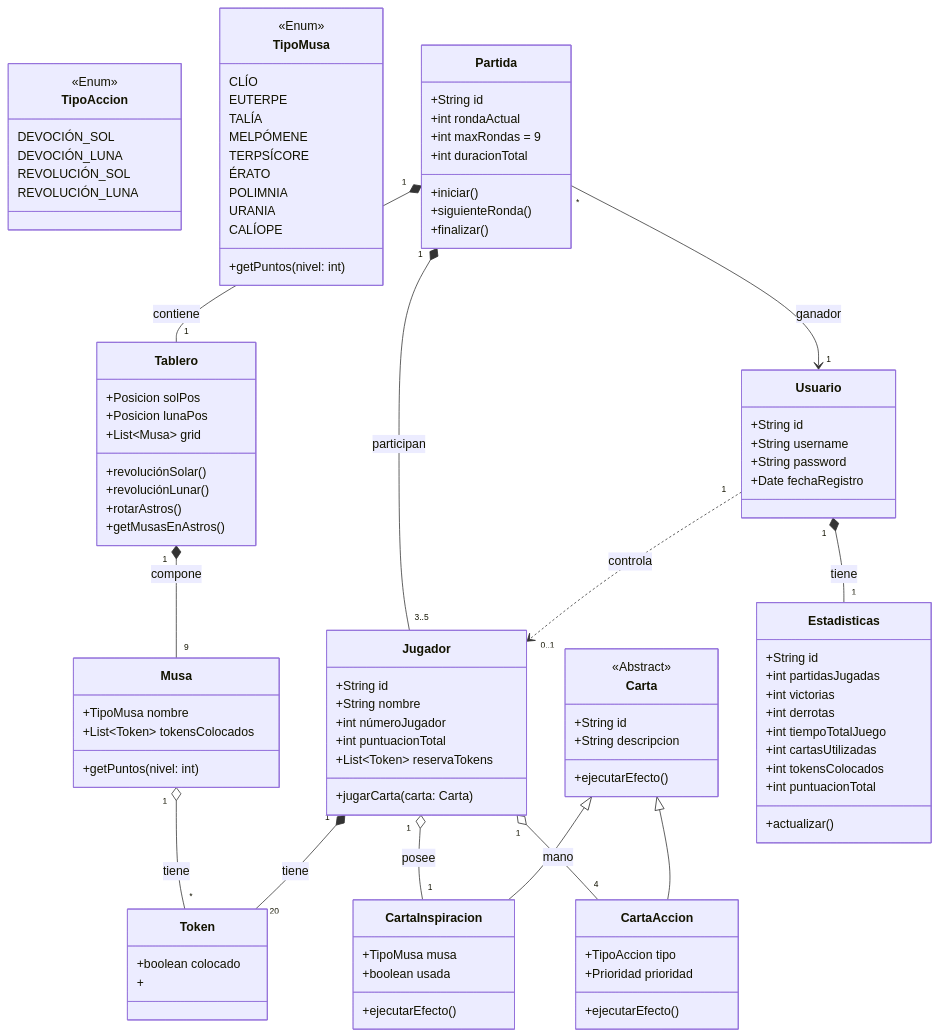
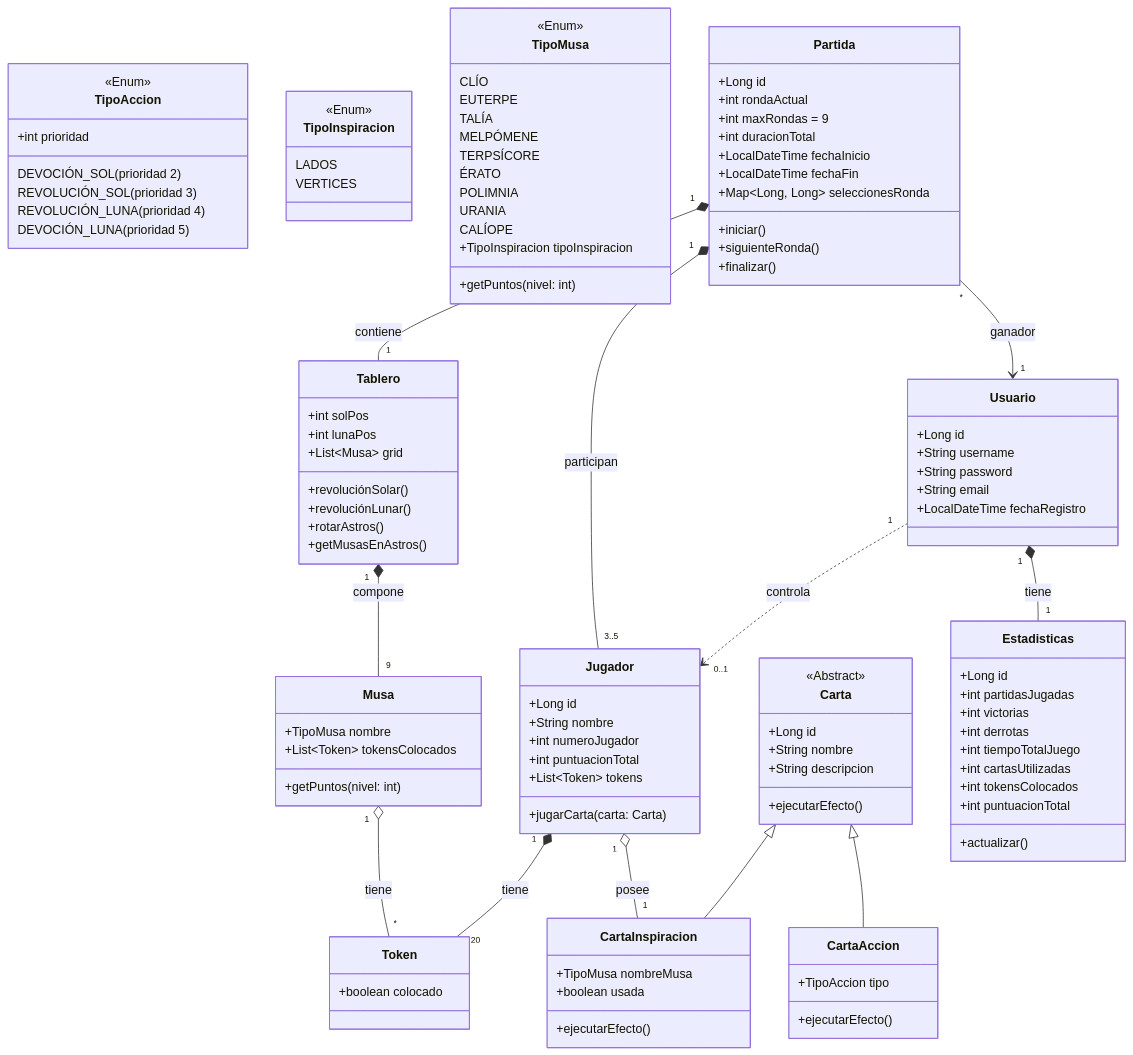
The diagram in docs/Análisis/Modelo de Dominio.md (PedroJimenezGuerrero/Muses_TFG), drawn with Mermaid before and after one commit. The commit also changed 6 other files, not shown here.

First line of the commit message:
refactor(Cartas): :recycle: elimina el atributo mano de la entidad Jugador, que no tiene sentido en la arqitectura actual

```diff
--- a/docs/Análisis/Modelo de Dominio.md
+++ b/docs/Análisis/Modelo de Dominio.md
@@ -28,10 +28,17 @@
     %%% Dominio del juego
     class TipoAccion {
         <<Enum>>
-        DEVOCIÓN_SOL
-        DEVOCIÓN_LUNA
-        REVOLUCIÓN_SOL
-        REVOLUCIÓN_LUNA
+        DEVOCIÓN_SOL (prioridad 2)
+        REVOLUCIÓN_SOL (prioridad 3)
+        REVOLUCIÓN_LUNA (prioridad 4)
+        DEVOCIÓN_LUNA (prioridad 5)
+        +int prioridad
+    }
+
+    class TipoInspiracion {
+        <<Enum>>
+        LADOS
+        VERTICES
     }
 
     class TipoMusa {
@@ -45,23 +52,27 @@
         POLIMNIA
         URANIA
         CALÍOPE
+        +TipoInspiracion tipoInspiracion
         +getPuntos(nivel: int)
     }
 
     %% Clases Principales
     class Partida:::core {
-        +String id
+        +Long id
         +int rondaActual
         +int maxRondas = 9
         +int duracionTotal
+        +LocalDateTime fechaInicio
+        +LocalDateTime fechaFin
+        +Map~Long, Long~ seleccionesRonda
         +iniciar()
         +siguienteRonda()
         +finalizar()
     }
 
     class Tablero:::core {
-        +Posicion solPos
-        +Posicion lunaPos
+        +int solPos
+        +int lunaPos
         +List~Musa~ grid
         +revoluciónSolar()
         +revoluciónLunar()
@@ -70,11 +81,11 @@
     }
 
     class Jugador:::core {
-        +String id
+        +Long id
         +String nombre
-        +int númeroJugador
+        +int numeroJugador
         +int puntuacionTotal
-        +List~Token~ reservaTokens
+        +List~Token~ tokens
         +jugarCarta(carta: Carta)
     }
 
@@ -87,26 +98,25 @@
     %% Elementos de Juego
     class Carta {
         <<Abstract>>
-        +String id
+        +Long id
+        +String nombre
         +String descripcion
         +ejecutarEfecto()
     }
 
     class CartaAccion:::item {
         +TipoAccion tipo
-        +Prioridad prioridad
         +ejecutarEfecto()
     }
 
     class CartaInspiracion:::item {
-        +TipoMusa musa
+        +TipoMusa nombreMusa
         +boolean usada
         +ejecutarEfecto()
     }
 
     class Token:::item {
         +boolean colocado
-        +
     }
 
     %% Relaciones
@@ -117,7 +127,6 @@
     Musa "1" o-- "*" Token : tiene
 
     Jugador "1" o-- "1" CartaInspiracion : posee
-    Jugador "1" o-- "4" CartaAccion : mano
     Jugador "1" *-- "20" Token : tiene
 
     Carta <|-- CartaAccion
@@ -126,13 +135,14 @@
     %%% Dominio de la aplicación
     
     class Usuario:::meta {
-        +String id
+        +Long id
         +String username
         +String password
-        +Date fechaRegistro
+        +String email
+        +LocalDateTime fechaRegistro
     }
     class Estadisticas:::meta {
-        +String id
+        +Long id
         +int partidasJugadas
         +int victorias
         +int derrotas
```
